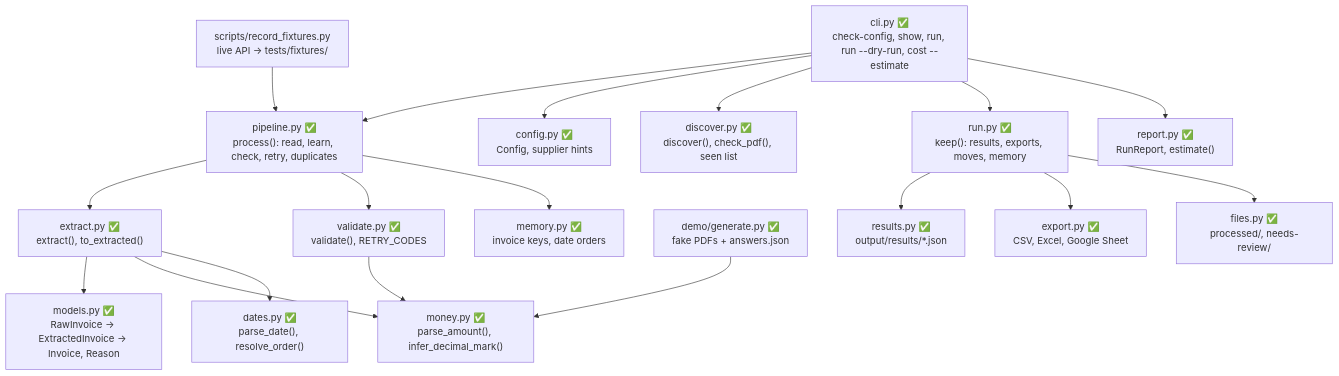
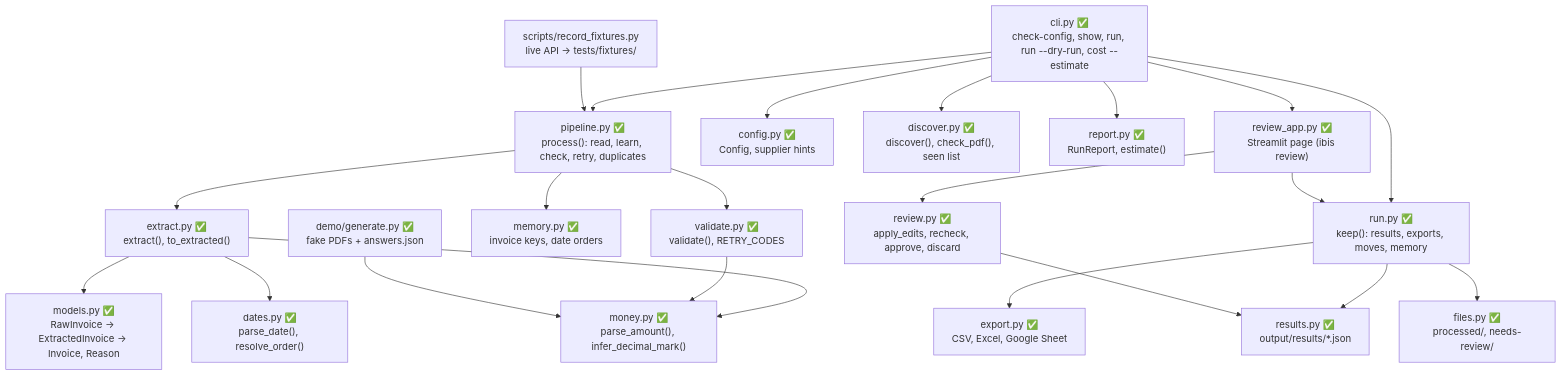
The second of 4 diagrams in ARCHITECTURE.md (yahani/ibis), drawn with Mermaid before and after one commit. The commit also changed other lines of this file and 1 other file, not shown here.

Commit message:
PROGRESS.md: acceptance checklist with evidence; ARCHITECTURE.md: the review page

````diff
--- a/ARCHITECTURE.md
+++ b/ARCHITECTURE.md
@@ -38,20 +37,24 @@
 ```mermaid
 flowchart TD
     cli["cli.py ✅<br/>check-config, show, run, run --dry-run, cost --estimate"] --> pipeline["pipeline.py ✅<br/>process(): read, learn, check, retry, duplicates"]
     cli --> config["config.py ✅<br/>Config, supplier hints"]
     cli --> discover["discover.py ✅<br/>discover(), check_pdf(), seen list"]
     pipeline --> extract["extract.py ✅<br/>extract(), to_extracted()"]
     pipeline --> validate["validate.py ✅<br/>validate(), RETRY_CODES"]
     pipeline --> memory["memory.py ✅<br/>invoice keys, date orders"]
     extract --> models["models.py ✅<br/>RawInvoice → ExtractedInvoice → Invoice, Reason"]
     extract --> money["money.py ✅<br/>parse_amount(), infer_decimal_mark()"]
     extract --> dates["dates.py ✅<br/>parse_date(), resolve_order()"]
     validate --> money
     gen["demo/generate.py ✅<br/>fake PDFs + answers.json"] --> money
     record["scripts/record_fixtures.py<br/>live API → tests/fixtures/"] --> pipeline
     cli --> keep["run.py ✅<br/>keep(): results, exports, moves, memory"]
     keep --> results["results.py ✅<br/>output/results/*.json"]
     keep --> export["export.py ✅<br/>CSV, Excel, Google Sheet"]
     keep --> files["files.py ✅<br/>processed/, needs-review/"]
     cli --> report["report.py ✅<br/>RunReport, estimate()"]
+    cli --> page["review_app.py ✅<br/>Streamlit page (ibis review)"]
+    page --> rev["review.py ✅<br/>apply_edits, recheck, approve, discard"]
+    rev --> results
+    page --> keep
 ```
````
